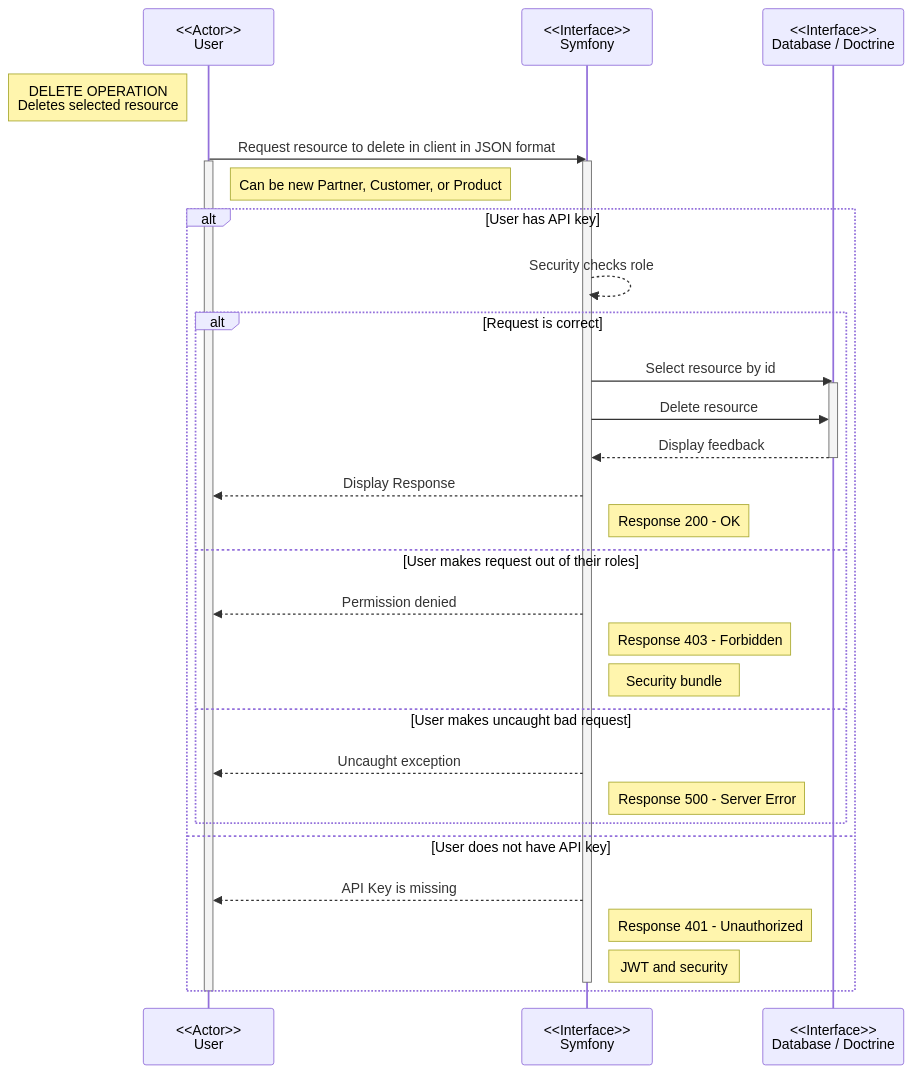
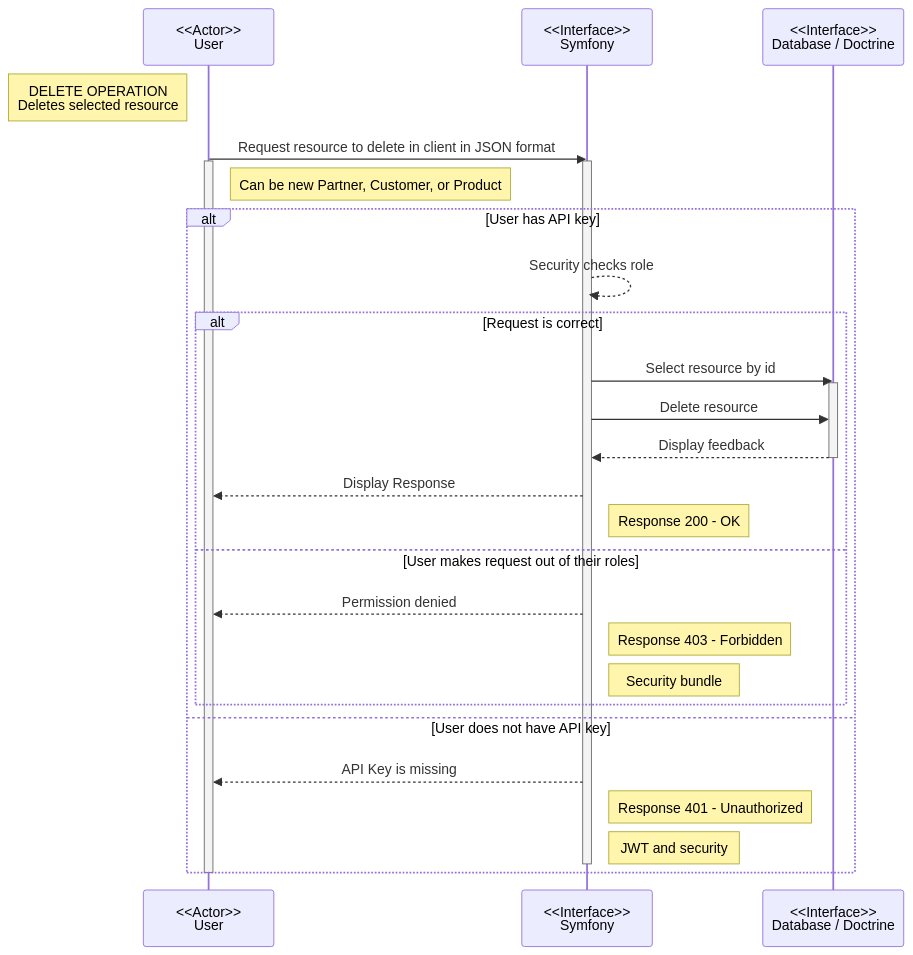
Before and after one commit to Palingenae/OC-P7-BileMo: the diagram in doc/diagrams/sequence_delete-operations.md, drawn with Mermaid. The commit also changed 2 other files, not shown here.

Commit message:
fix: remove 500 errors

````diff
--- a/doc/diagrams/sequence_delete-operations.md
+++ b/doc/diagrams/sequence_delete-operations.md
@@ -1,37 +1,34 @@
 ```mermaid
     sequenceDiagram
     participant U as <<Actor>><br/>User
     participant S as <<Interface>><br/>Symfony
     participant D as <<Interface>><br/>Database / Doctrine
 
     note left of U: DELETE OPERATION<br/>Deletes selected resource
     U ->> S: Request resource to delete in client in JSON format
     activate U
     activate S
     note right of U: Can be new Partner, Customer, or Product
     alt User has API key
         S -->> S: Security checks role
         alt Request is correct
             S ->> D: Select resource by id
             activate D
             S ->> D: Delete resource
             D -->> S: Display feedback
             deactivate D
             S -->> U: Display Response
             note right of S: Response 200 - OK
         else User makes request out of their roles
             S -->> U: Permission denied
             note right of S: Response 403 - Forbidden
             note right of S: Security bundle
-        else User makes uncaught bad request
-            S -->> U: Uncaught exception
-            note right of S: Response 500 - Server Error
         end
     else User does not have API key
         S -->> U: API Key is missing
         note right of S: Response 401 - Unauthorized
         note right of S: JWT and security
         deactivate S
     end
     deactivate U
 ```
````
